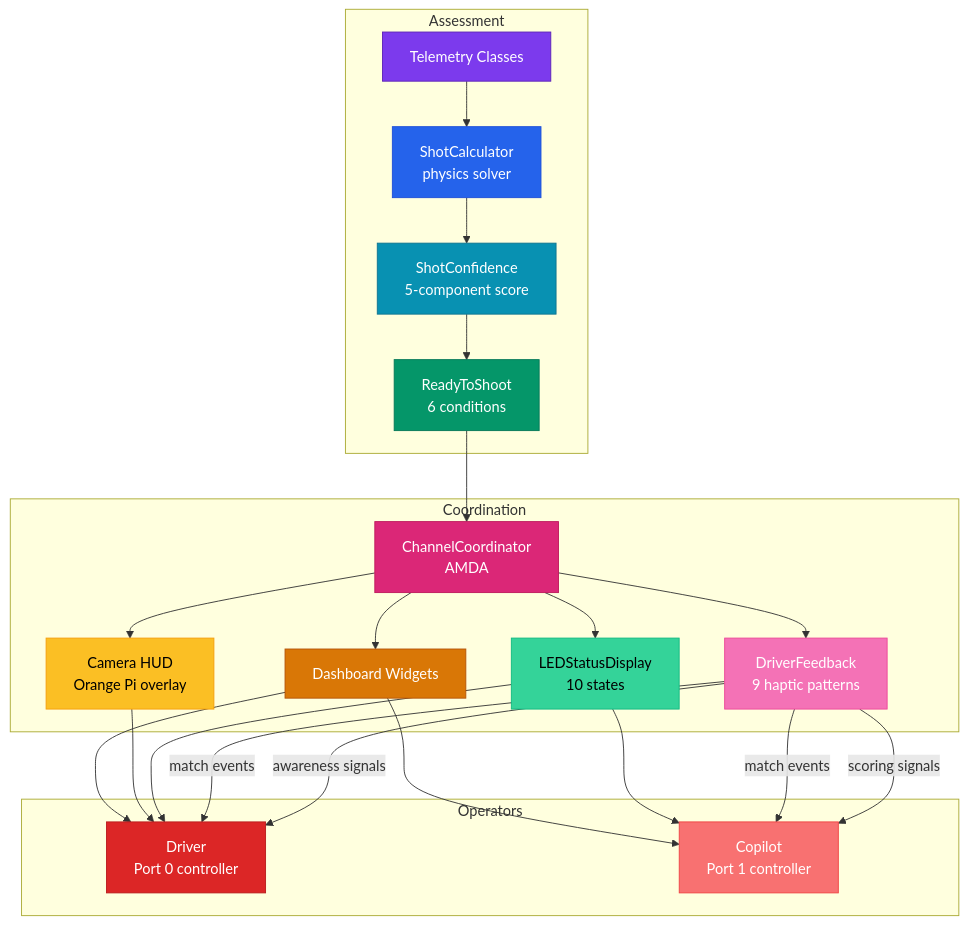
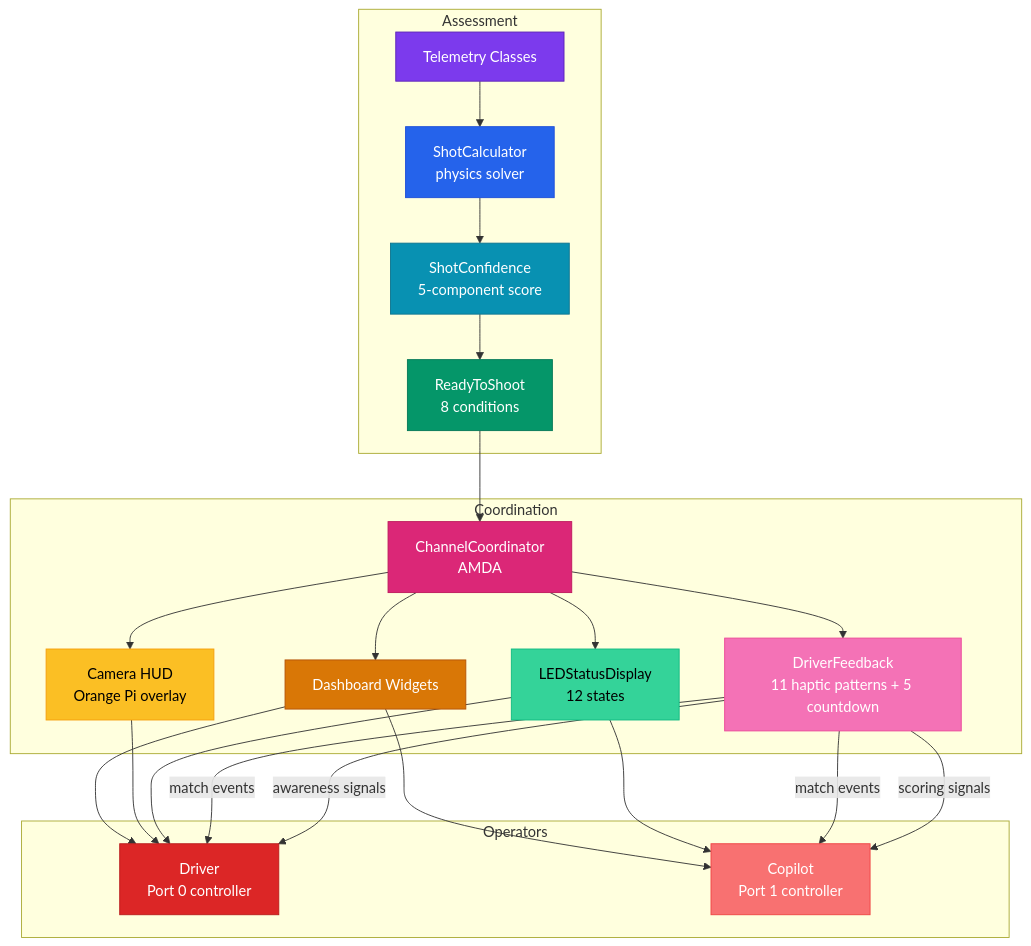
Before and after one commit to eeveemara/frc5962-2026-docs: the second of 3 diagrams in docs/architecture/system-overview.md, drawn with Mermaid. The commit also changed other lines of this file and 19 other files, not shown here.

````diff
--- a/docs/architecture/system-overview.md
+++ b/docs/architecture/system-overview.md
@@ -64,44 +64,44 @@
 ```mermaid
 flowchart TB
     subgraph Assessment
         TEL[Telemetry Classes]
         SC[ShotCalculator<br/>physics solver]
         CONF[ShotConfidence<br/>5-component score]
-        RTS[ReadyToShoot<br/>6 conditions]
+        RTS[ReadyToShoot<br/>8 conditions]
     end
 
     subgraph Coordination
         CC[ChannelCoordinator<br/>AMDA]
-        DF[DriverFeedback<br/>9 haptic patterns]
-        LED[LEDStatusDisplay<br/>10 states]
+        DF[DriverFeedback<br/>11 haptic patterns + 5 countdown]
+        LED[LEDStatusDisplay<br/>12 states]
         HUD[Camera HUD<br/>Orange Pi overlay]
         DASH[Dashboard Widgets]
     end
 
     subgraph Operators
         DRIVER[Driver<br/>Port 0 controller]
         COPILOT[Copilot<br/>Port 1 controller]
     end
 
     TEL --> SC --> CONF --> RTS
     RTS --> CC
     CC --> DF & LED & HUD & DASH
     DF -->|awareness signals| DRIVER
     DF -->|scoring signals| COPILOT
     DF -->|match events| DRIVER & COPILOT
     LED --> DRIVER & COPILOT
     HUD --> DRIVER
     DASH --> DRIVER & COPILOT
 
     style TEL fill:#7c3aed,stroke:#5b21b6,color:#fff
     style SC fill:#2563eb,stroke:#1d4ed8,color:#fff
     style CONF fill:#0891b2,stroke:#0e7490,color:#fff
     style RTS fill:#059669,stroke:#047857,color:#fff
     style CC fill:#db2777,stroke:#be185d,color:#fff
     style DF fill:#f472b6,stroke:#ec4899,color:#fff
     style LED fill:#34d399,stroke:#10b981,color:#000
     style HUD fill:#fbbf24,stroke:#f59e0b,color:#000
     style DASH fill:#d97706,stroke:#b45309,color:#fff
     style DRIVER fill:#dc2626,stroke:#b91c1c,color:#fff
     style COPILOT fill:#f87171,stroke:#ef4444,color:#fff
 ```
````
